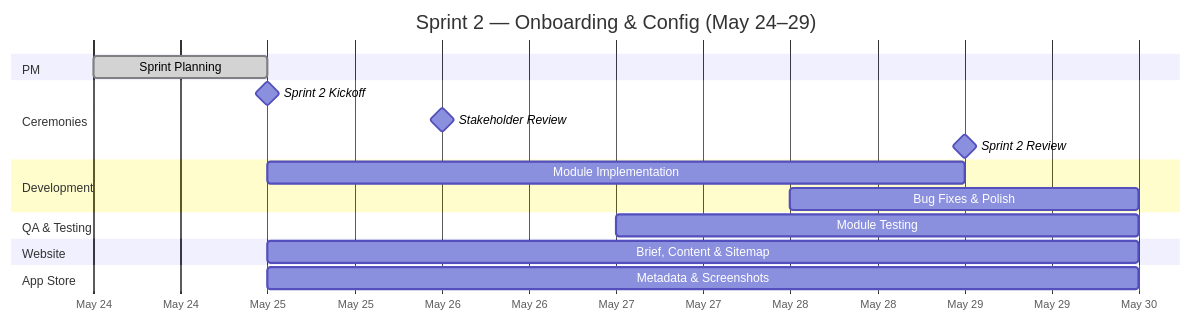
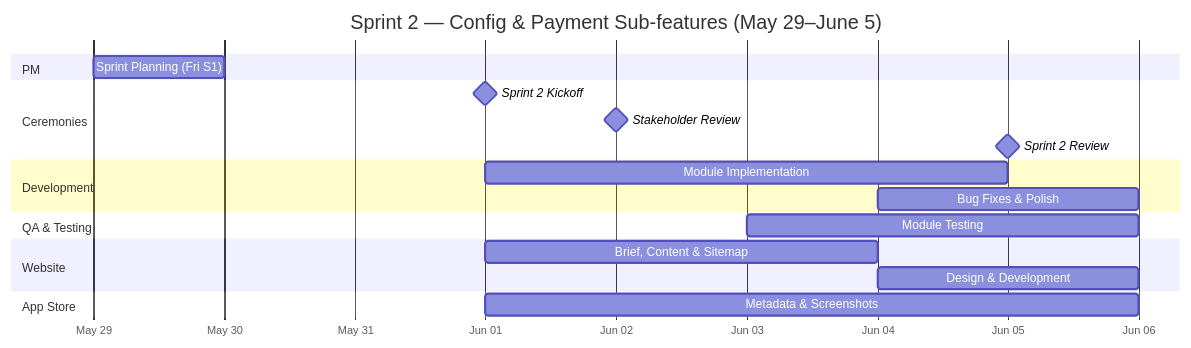
Before and after one commit to joachimtrungtuan/hairline-pm-docs: the fifth of 8 diagrams in product-plans/2026-05-13/launch-plan.md, drawn with Mermaid. The commit also changed other lines of this file, not shown here.

````diff
--- a/product-plans/2026-05-13/launch-plan.md
+++ b/product-plans/2026-05-13/launch-plan.md
@@ -254,27 +386,28 @@
 ```mermaid
 gantt
-    title Sprint 2 — Onboarding & Config (May 24–29)
+    title Sprint 2 — Config & Payment Sub-features (May 29–June 5)
     dateFormat YYYY-MM-DD
     axisFormat %b %d
 
     section PM
-    Sprint Planning          :done, 2026-05-24, 1d
+    Sprint Planning (Fri S1) :2026-05-29, 1d
 
     section Ceremonies
-    Sprint 2 Kickoff         :milestone, 2026-05-25, 0d
-    Stakeholder Review       :milestone, 2026-05-26, 0d
-    Sprint 2 Review          :milestone, 2026-05-29, 0d
+    Sprint 2 Kickoff         :milestone, 2026-06-01, 0d
+    Stakeholder Review       :milestone, 2026-06-02, 0d
+    Sprint 2 Review          :milestone, 2026-06-05, 0d
 
     section Development
-    Module Implementation    :dev2, 2026-05-25, 4d
-    Bug Fixes & Polish       :fix2, 2026-05-28, 2d
+    Module Implementation    :dev2, 2026-06-01, 4d
+    Bug Fixes & Polish       :fix2, 2026-06-04, 2d
 
     section QA & Testing
-    Module Testing           :qa2, 2026-05-27, 3d
+    Module Testing           :qa2, 2026-06-03, 3d
 
     section Website
-    Brief, Content & Sitemap :web2, 2026-05-25, 5d
+    Brief, Content & Sitemap :web2, 2026-06-01, 3d
+    Design & Development     :web2d, 2026-06-04, 2d
 
     section App Store
-    Metadata & Screenshots   :as2, 2026-05-25, 5d
+    Metadata & Screenshots   :as2, 2026-06-01, 5d
 ```
````
